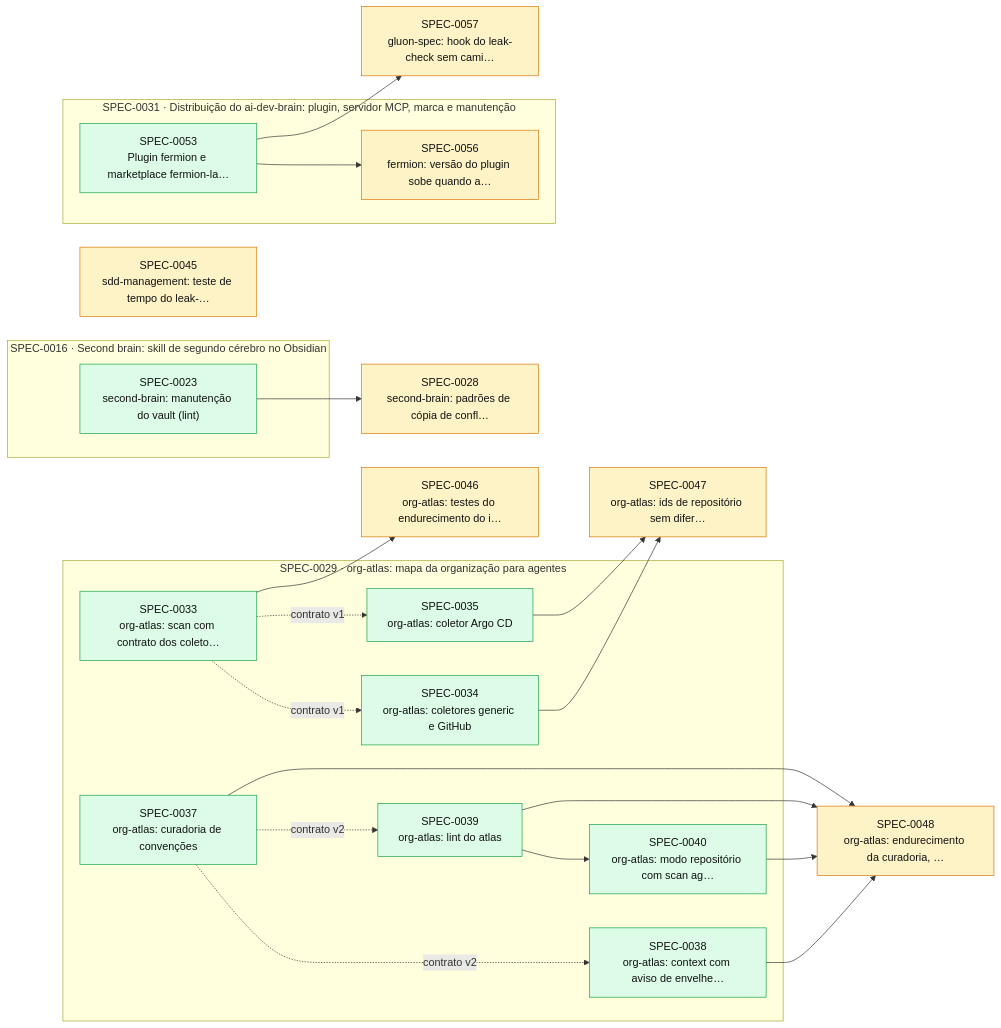
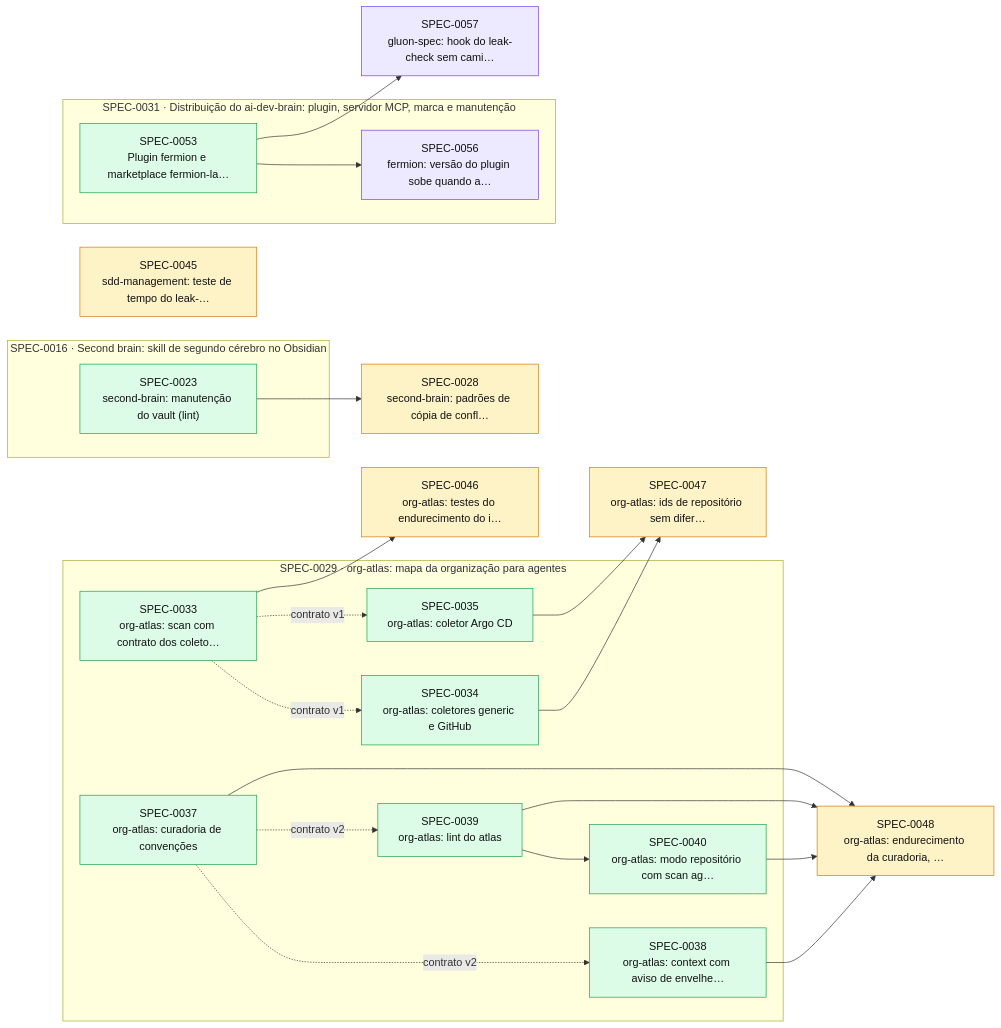
The diagram in docs/specs/INDEX.md (thomasravache/ai-dev-brain), drawn with Mermaid before and after one commit. The commit also changed other lines of this file and 2 other files, not shown here.

First line of the commit message:
docs(specs): H1, checklists e início da SPEC-0056 e SPEC-0057

````diff
--- a/docs/specs/INDEX.md
+++ b/docs/specs/INDEX.md
@@ -54,45 +54,45 @@
 ```mermaid
 flowchart LR
   S0028["SPEC-0028<br/>second-brain: padrões de cópia de confl…"]:::proposed
   S0045["SPEC-0045<br/>sdd-management: teste de tempo do leak-…"]:::proposed
   S0046["SPEC-0046<br/>org-atlas: testes do endurecimento do i…"]:::proposed
   S0047["SPEC-0047<br/>org-atlas: ids de repositório sem difer…"]:::proposed
   S0048["SPEC-0048<br/>org-atlas: endurecimento da curadoria, …"]:::proposed
-  S0057["SPEC-0057<br/>gluon-spec: hook do leak-check sem cami…"]:::proposed
+  S0057["SPEC-0057<br/>gluon-spec: hook do leak-check sem cami…"]:::inprogress
   subgraph E0016["SPEC-0016 · Second brain: skill de segundo cérebro no Obsidian"]
     S0023["SPEC-0023<br/>second-brain: manutenção do vault (lint)"]:::implemented
   end
   subgraph E0029["SPEC-0029 · org-atlas: mapa da organização para agentes"]
     S0033["SPEC-0033<br/>org-atlas: scan com contrato dos coleto…"]:::implemented
     S0034["SPEC-0034<br/>org-atlas: coletores generic e GitHub"]:::implemented
     S0035["SPEC-0035<br/>org-atlas: coletor Argo CD"]:::implemented
     S0037["SPEC-0037<br/>org-atlas: curadoria de convenções"]:::implemented
     S0038["SPEC-0038<br/>org-atlas: context com aviso de envelhe…"]:::implemented
     S0039["SPEC-0039<br/>org-atlas: lint do atlas"]:::implemented
     S0040["SPEC-0040<br/>org-atlas: modo repositório com scan ag…"]:::implemented
   end
   subgraph E0031["SPEC-0031 · Distribuição do ai-dev-brain: plugin, servidor MCP, marca e manutenção"]
     S0053["SPEC-0053<br/>Plugin fermion e marketplace fermion-la…"]:::implemented
-    S0056["SPEC-0056<br/>fermion: versão do plugin sobe quando a…"]:::proposed
+    S0056["SPEC-0056<br/>fermion: versão do plugin sobe quando a…"]:::inprogress
   end
   S0023 --> S0028
   S0033 -. contrato v1 .-> S0034
   S0033 -. contrato v1 .-> S0035
   S0037 -. contrato v2 .-> S0038
   S0037 -. contrato v2 .-> S0039
   S0039 --> S0040
   S0033 --> S0046
   S0034 --> S0047
   S0035 --> S0047
   S0037 --> S0048
   S0038 --> S0048
   S0039 --> S0048
   S0040 --> S0048
   S0053 --> S0056
   S0053 --> S0057
   classDef proposed fill:#fef3c7,stroke:#d97706,color:#111
   classDef approved fill:#dbeafe,stroke:#2563eb,color:#111
   classDef inprogress fill:#ede9fe,stroke:#7c3aed,color:#111
   classDef implemented fill:#dcfce7,stroke:#16a34a,color:#111
   classDef deprecated fill:#f3f4f6,stroke:#9ca3af,color:#6b7280
 ```
````
